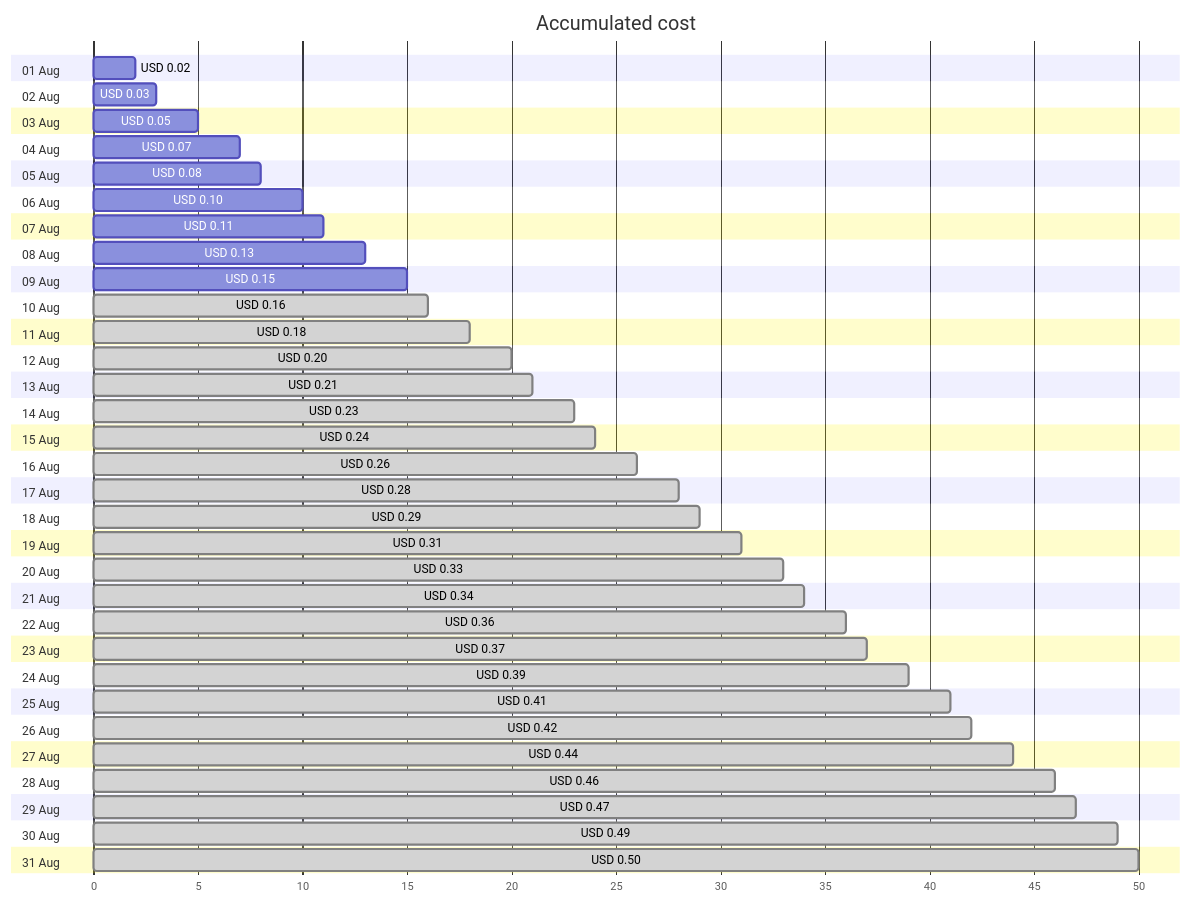
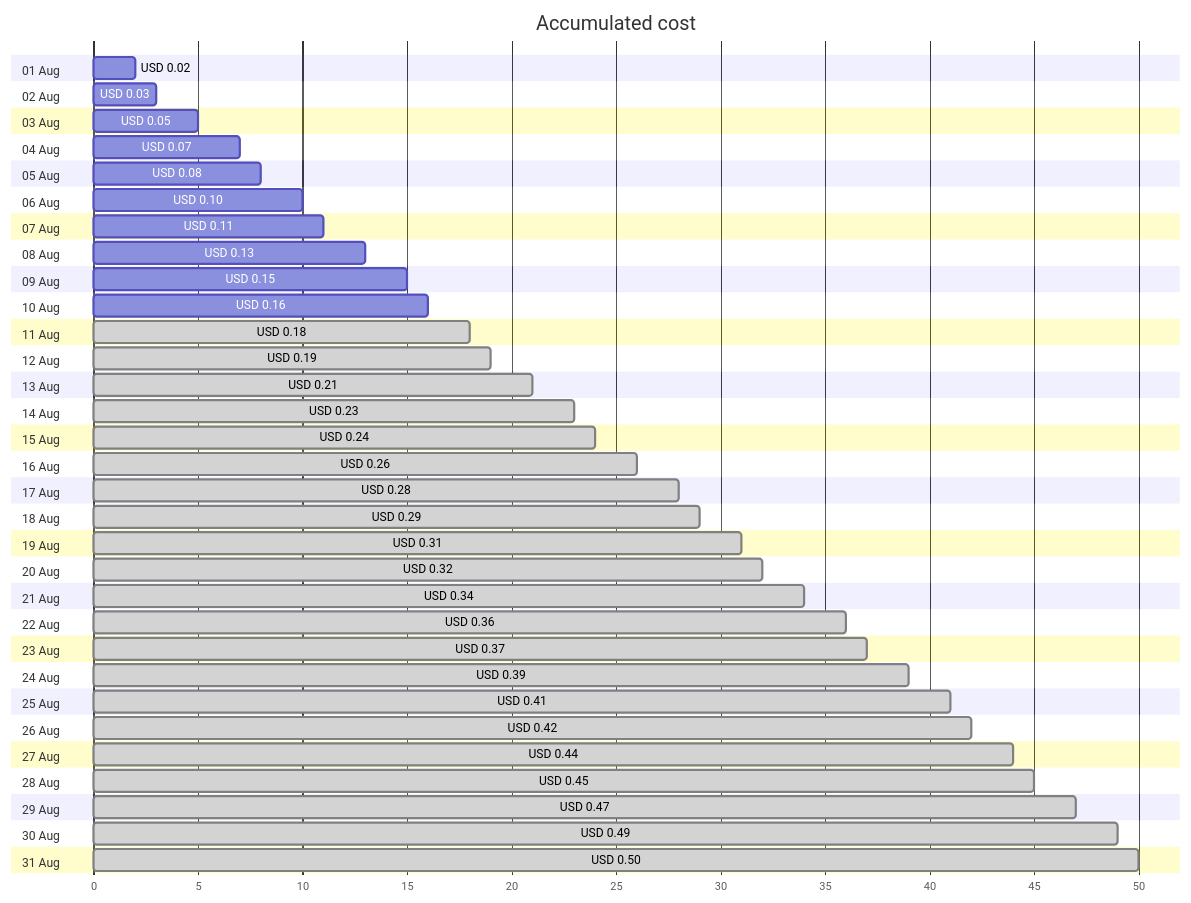
One commit to jpfulton/azure-personal-reports changed the first of 4 diagrams in cost-reports/personal-dns/jpatrickfulton.com.md. Above: the diagram before and after it, drawn with Mermaid. The commit also changed other lines of this file and 2 other files, not shown here.

````diff
--- a/cost-reports/personal-dns/jpatrickfulton.com.md
+++ b/cost-reports/personal-dns/jpatrickfulton.com.md
@@ -20,68 +20,68 @@
 ```mermaid
 gantt
    title Accumulated cost
    dateFormat  X
    axisFormat %s
    section 01 Aug
    USD 0.02 :0, 2
    section 02 Aug
    USD 0.03 :0, 3
    section 03 Aug
    USD 0.05 :0, 5
    section 04 Aug
    USD 0.07 :0, 7
    section 05 Aug
    USD 0.08 :0, 8
    section 06 Aug
    USD 0.10 :0, 10
    section 07 Aug
    USD 0.11 :0, 11
    section 08 Aug
    USD 0.13 :0, 13
    section 09 Aug
    USD 0.15 :0, 15
    section 10 Aug
-   USD 0.16 : done, 0, 16
+   USD 0.16 :0, 16
    section 11 Aug
    USD 0.18 : done, 0, 18
    section 12 Aug
-   USD 0.20 : done, 0, 20
+   USD 0.19 : done, 0, 19
    section 13 Aug
    USD 0.21 : done, 0, 21
    section 14 Aug
    USD 0.23 : done, 0, 23
    section 15 Aug
    USD 0.24 : done, 0, 24
    section 16 Aug
    USD 0.26 : done, 0, 26
    section 17 Aug
    USD 0.28 : done, 0, 28
    section 18 Aug
    USD 0.29 : done, 0, 29
    section 19 Aug
    USD 0.31 : done, 0, 31
    section 20 Aug
-   USD 0.33 : done, 0, 33
+   USD 0.32 : done, 0, 32
    section 21 Aug
    USD 0.34 : done, 0, 34
    section 22 Aug
    USD 0.36 : done, 0, 36
    section 23 Aug
    USD 0.37 : done, 0, 37
    section 24 Aug
    USD 0.39 : done, 0, 39
    section 25 Aug
    USD 0.41 : done, 0, 41
    section 26 Aug
    USD 0.42 : done, 0, 42
    section 27 Aug
    USD 0.44 : done, 0, 44
    section 28 Aug
-   USD 0.46 : done, 0, 46
+   USD 0.45 : done, 0, 45
    section 29 Aug
    USD 0.47 : done, 0, 47
    section 30 Aug
    USD 0.49 : done, 0, 49
    section 31 Aug
    USD 0.50 : done, 0, 50
 ```
````
